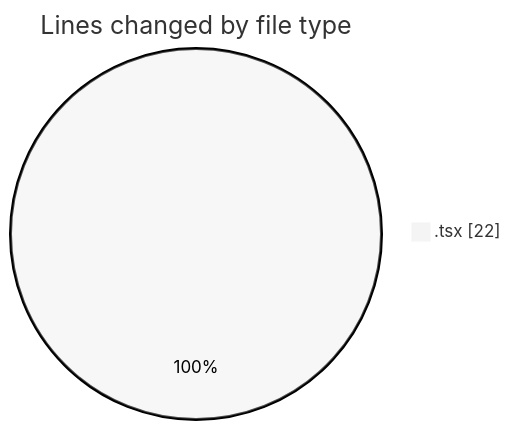
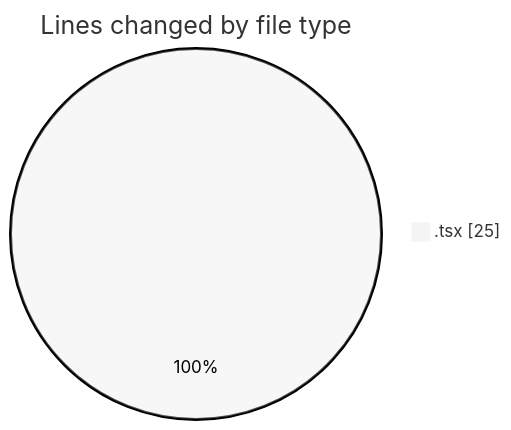
Before and after one commit to nxtqubesakshisongat/code-tracking: the first of 2 diagrams in 2026-06-12/nxtqube_webapp/README.md, drawn with Mermaid (neutral theme). The commit also changed other lines of this file and 1 other file, not shown here.

````diff
--- a/2026-06-12/nxtqube_webapp/README.md
+++ b/2026-06-12/nxtqube_webapp/README.md
@@ -20,5 +21,5 @@
 ```mermaid
 pie showData
 title Lines changed by file type
-".tsx" : 22
+".tsx" : 25
 ```
````
